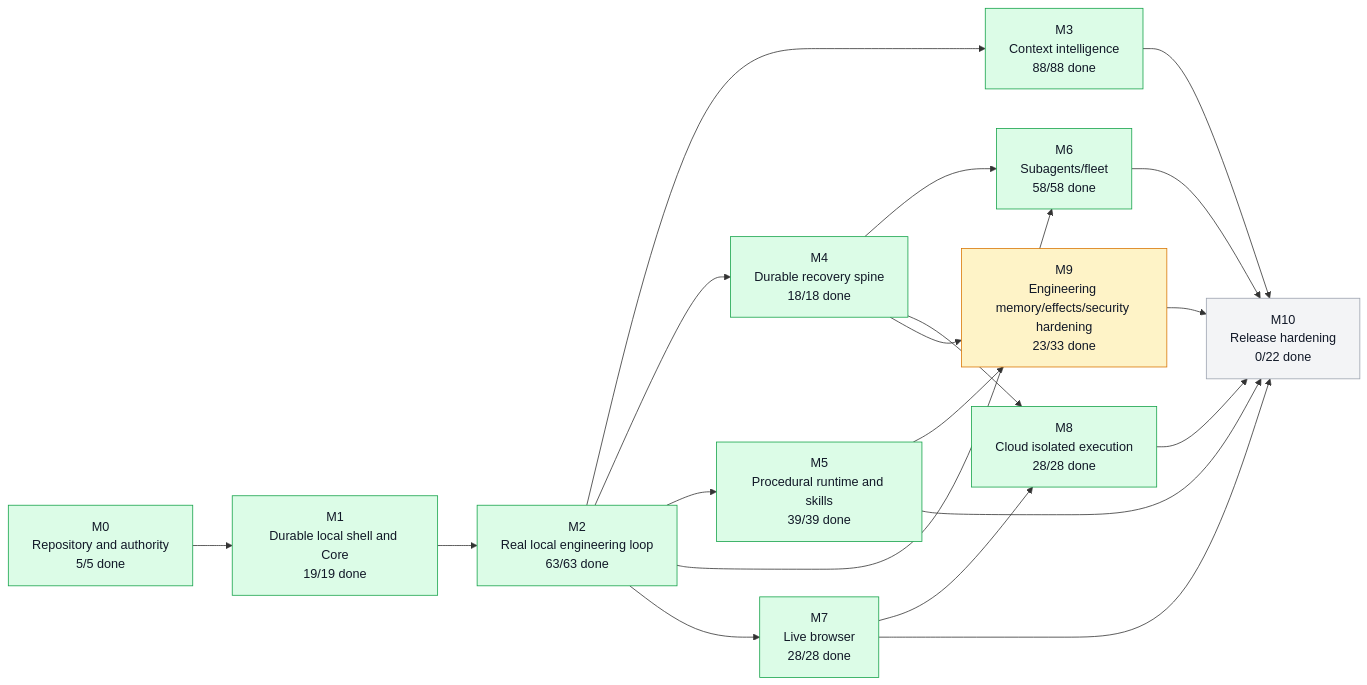
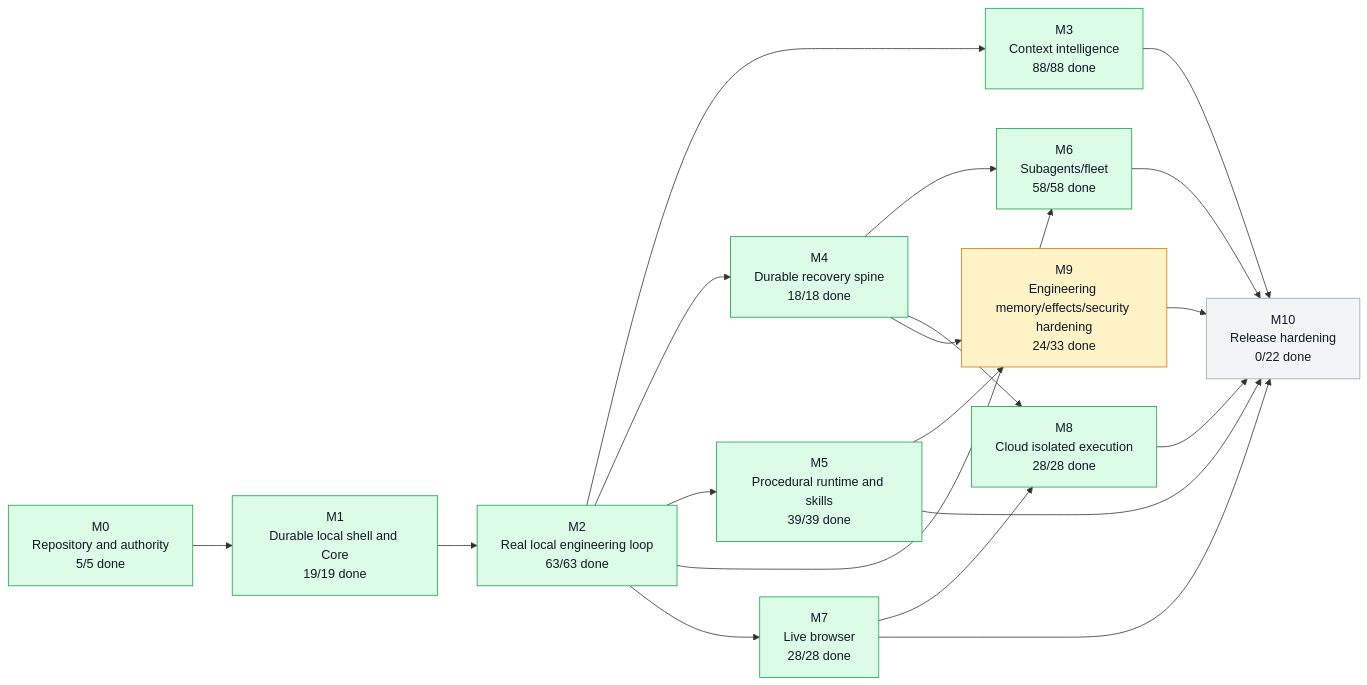
Before and after one commit to moss101/modbit: the first of 5 diagrams in graph/PROJECT_GRAPH.md, drawn with Mermaid. The commit also changed other lines of this file and 5 other files, not shown here.

````diff
--- a/graph/PROJECT_GRAPH.md
+++ b/graph/PROJECT_GRAPH.md
@@ -57,43 +57,43 @@
 ```mermaid
 flowchart LR
   M0["M0<br/>Repository and authority<br/>5/5 done"]
   M1["M1<br/>Durable local shell and Core<br/>19/19 done"]
   M2["M2<br/>Real local engineering loop<br/>63/63 done"]
   M3["M3<br/>Context intelligence<br/>88/88 done"]
   M4["M4<br/>Durable recovery spine<br/>18/18 done"]
   M5["M5<br/>Procedural runtime and skills<br/>39/39 done"]
   M6["M6<br/>Subagents/fleet<br/>58/58 done"]
   M7["M7<br/>Live browser<br/>28/28 done"]
   M8["M8<br/>Cloud isolated execution<br/>28/28 done"]
-  M9["M9<br/>Engineering memory/effects/security hardening<br/>23/33 done"]
+  M9["M9<br/>Engineering memory/effects/security hardening<br/>24/33 done"]
   M10["M10<br/>Release hardening<br/>0/22 done"]
   M0 --> M1
   M1 --> M2
   M2 --> M3
   M2 --> M4
   M2 --> M5
   M2 --> M6
   M4 --> M6
   M2 --> M7
   M4 --> M8
   M7 --> M8
   M4 --> M9
   M5 --> M9
   M3 --> M10
   M5 --> M10
   M6 --> M10
   M7 --> M10
   M8 --> M10
   M9 --> M10
   style M0 fill:#dcfce7,stroke:#16a34a,color:#111827
   style M1 fill:#dcfce7,stroke:#16a34a,color:#111827
   style M2 fill:#dcfce7,stroke:#16a34a,color:#111827
   style M3 fill:#dcfce7,stroke:#16a34a,color:#111827
   style M4 fill:#dcfce7,stroke:#16a34a,color:#111827
   style M5 fill:#dcfce7,stroke:#16a34a,color:#111827
   style M6 fill:#dcfce7,stroke:#16a34a,color:#111827
   style M7 fill:#dcfce7,stroke:#16a34a,color:#111827
   style M8 fill:#dcfce7,stroke:#16a34a,color:#111827
   style M9 fill:#fef3c7,stroke:#d97706,color:#111827
   style M10 fill:#f3f4f6,stroke:#9ca3af,color:#111827
 ```
````
